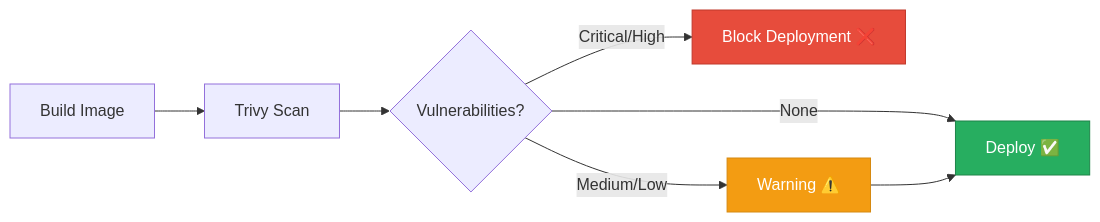
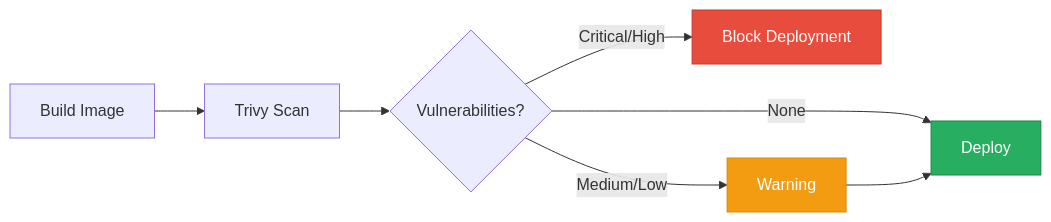
The fourth of 11 diagrams in docs/05_Deployment_Security_Research.md (Samarjamal326/MediOrchesctrator-Agent), drawn with Mermaid before and after one commit. The commit also changed other lines of this file and 5 other files, not shown here.

````diff
--- a/docs/05_Deployment_Security_Research.md
+++ b/docs/05_Deployment_Security_Research.md
@@ -391,13 +325,13 @@
 ```mermaid
 graph LR
     Build[Build Image] --> Scan[Trivy Scan]
     Scan --> Report{Vulnerabilities?}
-    Report -->|Critical/High| Block[Block Deployment ❌]
-    Report -->|Medium/Low| Warn[Warning ⚠️]
-    Report -->|None| Pass[Deploy ✅]
+    Report -->|Critical/High| Block[Block Deployment ]
+    Report -->|Medium/Low| Warn[Warning ]
+    Report -->|None| Pass[Deploy ]
     Warn --> Pass
 
     style Block fill:#E74C3C,stroke:#C0392B,color:#fff
     style Pass fill:#27AE60,stroke:#1E8449,color:#fff
     style Warn fill:#F39C12,stroke:#D68910,color:#fff
 ```
````
